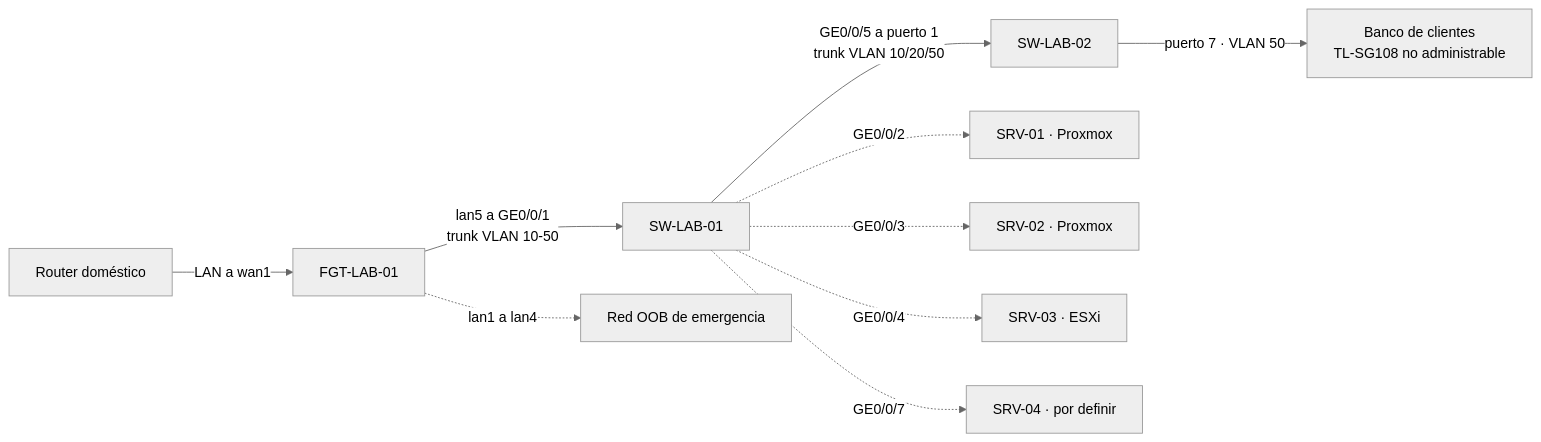
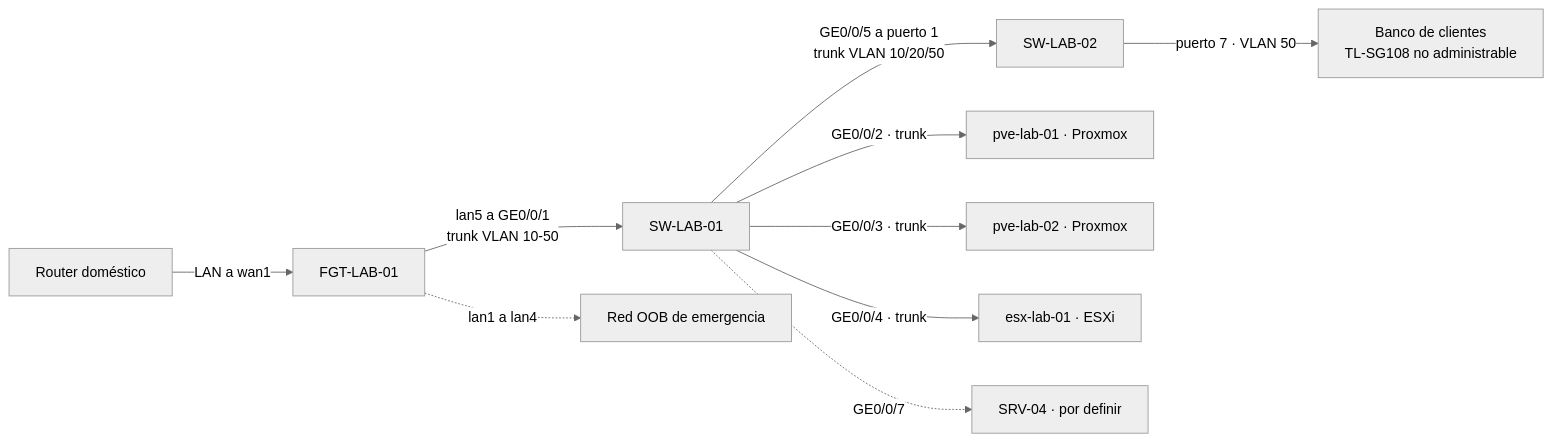
One commit to Alce1551/EICL-HOMELAB changed the third of 3 diagrams in docs/architecture.md. Above: the diagram before and after it, drawn with Mermaid (neutral theme). The commit also changed other lines of this file and 7 other files, not shown here.

````diff
--- a/docs/architecture.md
+++ b/docs/architecture.md
@@ -61,12 +61,12 @@
 ```mermaid
 flowchart LR
     ARC[Router doméstico] -->|LAN a wan1| FGT[FGT-LAB-01]
     FGT -->|lan5 a GE0/0/1<br/>trunk VLAN 10-50| SW1[SW-LAB-01]
     SW1 -->|GE0/0/5 a puerto 1<br/>trunk VLAN 10/20/50| SW2[SW-LAB-02]
     SW2 -->|puerto 7 · VLAN 50| BAN[Banco de clientes<br/>TL-SG108 no administrable]
     FGT -.->|lan1 a lan4| OOB[Red OOB de emergencia]
-    SW1 -.->|GE0/0/2| N1[SRV-01 · Proxmox]
-    SW1 -.->|GE0/0/3| N2[SRV-02 · Proxmox]
-    SW1 -.->|GE0/0/4| N3[SRV-03 · ESXi]
+    SW1 -->|GE0/0/2 · trunk| N1[pve-lab-01 · Proxmox]
+    SW1 -->|GE0/0/3 · trunk| N2[pve-lab-02 · Proxmox]
+    SW1 -->|GE0/0/4 · trunk| N3[esx-lab-01 · ESXi]
     SW1 -.->|GE0/0/7| N4[SRV-04 · por definir]
 ```
````
